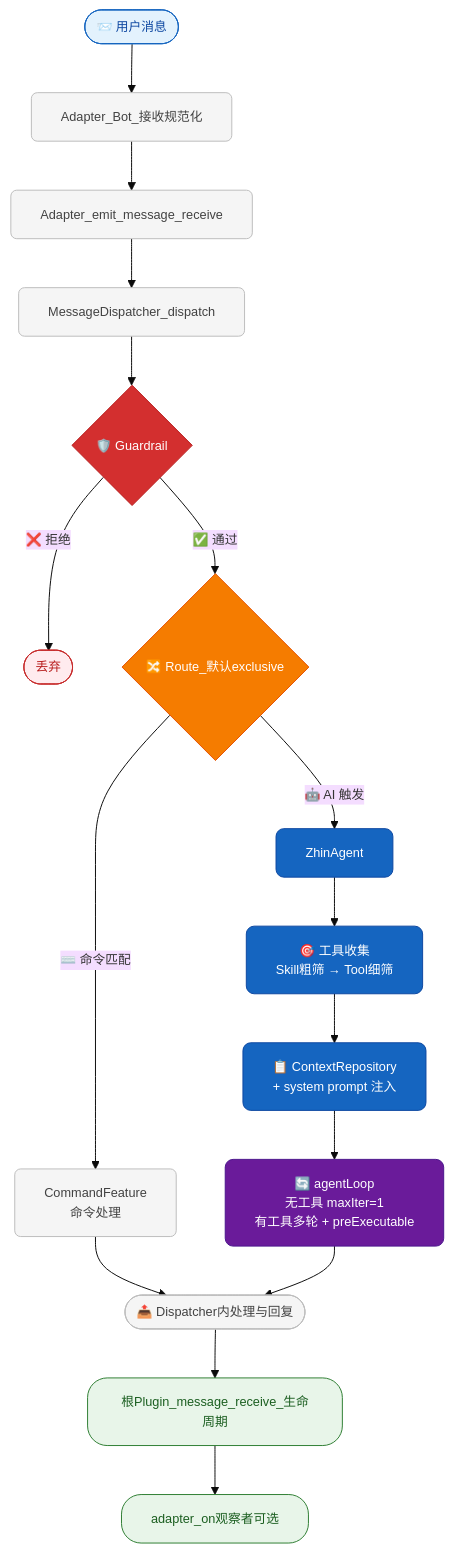
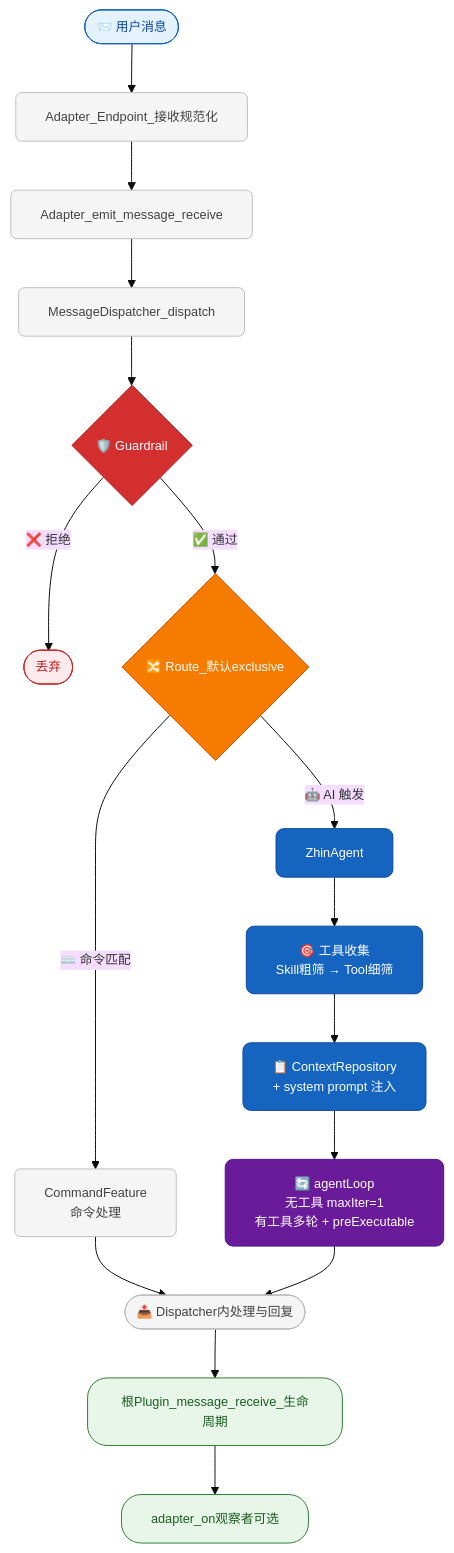
The third of 4 diagrams in docs/architecture-overview.md (zhinjs/zhin), drawn with Mermaid before and after one commit. The commit also changed other lines of this file and 629 other files, not shown here.

First line of the commit message:
refactor: update terminology from Bot to Endpoint across documentation and codebase

````diff
--- a/docs/architecture-overview.md
+++ b/docs/architecture-overview.md
@@ -300,42 +300,42 @@
 ```mermaid
 %%{init: {'theme': 'base', 'themeVariables': { 'fontSize': '13px' }}}%%
 flowchart TD
-  A([" 📨 用户消息 "]) --> B["Adapter_Bot_接收规范化"]
+  A([" 📨 用户消息 "]) --> B["Adapter_Endpoint_接收规范化"]
   B --> C["Adapter_emit_message_receive"]
   C --> D["MessageDispatcher_dispatch"]
 
   D --> E{" 🛡️ Guardrail "}
   E -->|" ❌ 拒绝 "| Z(["丢弃"])
   E -->|" ✅ 通过 "| F{" 🔀 Route_默认exclusive "}
 
   F -->|" ⌨️ 命令匹配 "| G["CommandFeature\n命令处理"]
   F -->|" 🤖 AI 触发 "| H["ZhinAgent"]
 
   H --> I["🎯 工具收集\nSkill粗筛 → Tool细筛"]
   I --> J["📋 ContextRepository\n+ system prompt 注入"]
   J --> K["🔄 agentLoop\n无工具 maxIter=1\n有工具多轮 + preExecutable"]
 
   G --> O
   K --> O
   O([" 📤 Dispatcher内处理与回复 "])
   O --> P[" 根Plugin_message_receive_生命周期"]
   P --> Q[" adapter_on观察者可选"]
 
   classDef input fill:#e3f2fd,stroke:#1565c0,color:#0d47a1,rx:20
   classDef output fill:#e8f5e9,stroke:#2e7d32,color:#1b5e20,rx:20
   classDef drop fill:#ffebee,stroke:#c62828,color:#b71c1c,rx:20
   classDef guard fill:#d32f2f,stroke:#b71c1c,color:#fff
   classDef route fill:#f57c00,stroke:#e65100,color:#fff
   classDef aiNode fill:#1565c0,stroke:#0d47a1,color:#fff,rx:8
   classDef engineNode fill:#6a1b9a,stroke:#4a148c,color:#fff,rx:8
   classDef process fill:#f5f5f5,stroke:#bdbdbd,color:#424242,rx:6
 
   class A input
   class P,Q output
   class Z drop
   class E guard
   class F route
   class H,I,J aiNode
   class K engineNode
   class B,C,D,G,O process
 ```
````
